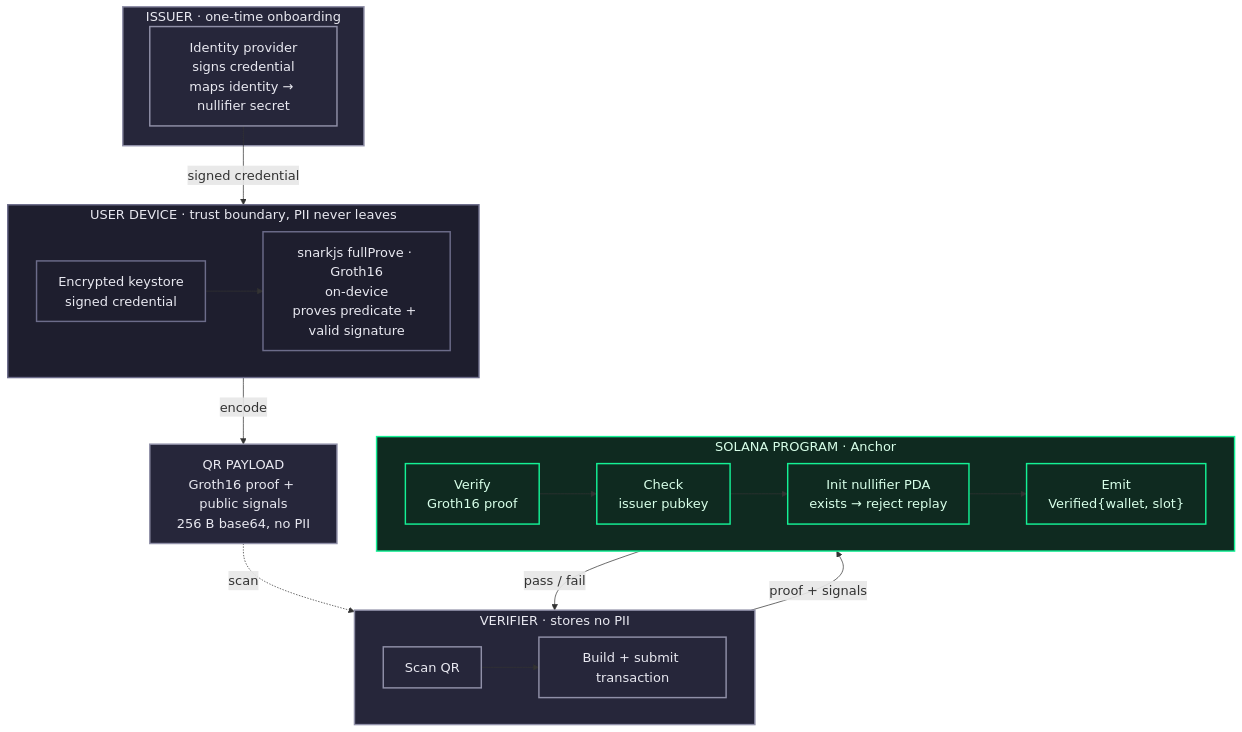
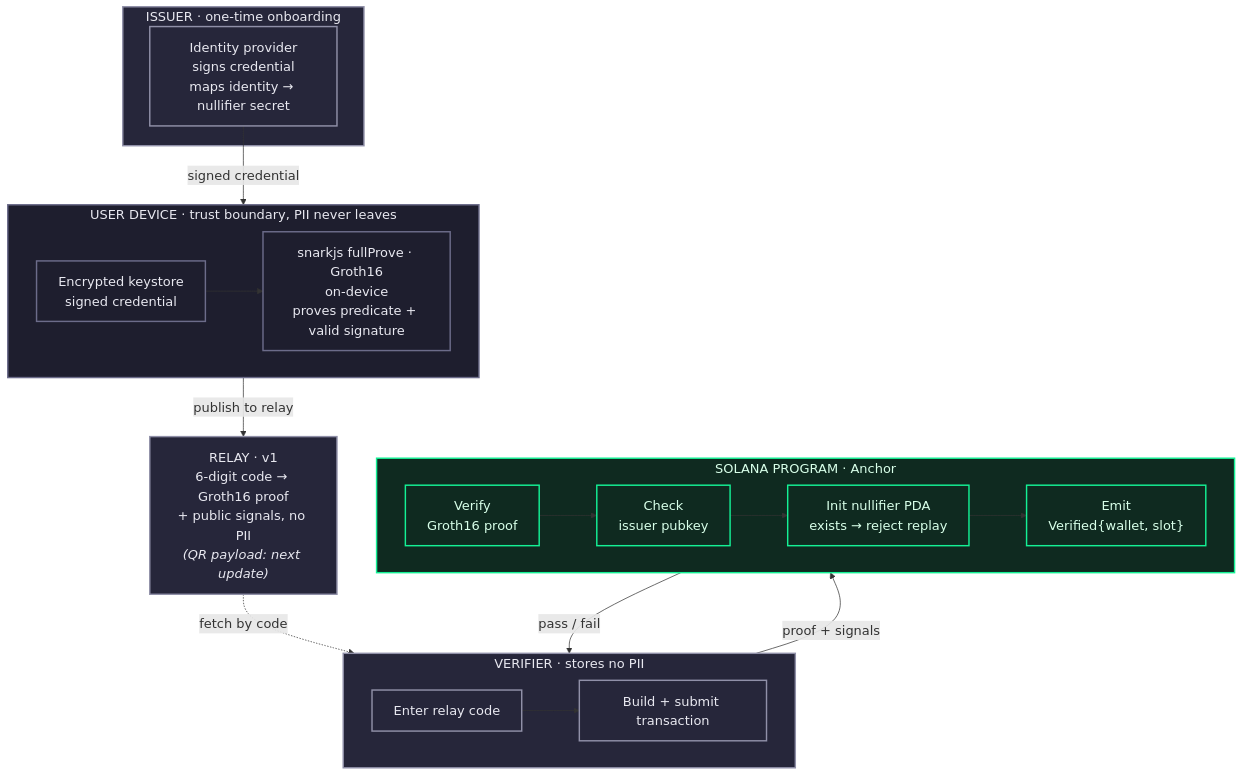
The diagram in profile/README.md (KageHQ/.github), drawn with Mermaid before and after one commit. The commit also changed other lines of this file, not shown here.

Commit message:
Update profile: v1 uses 6-digit relay code, QR handoff to next update

````diff
--- a/profile/README.md
+++ b/profile/README.md
@@ -34,45 +36,45 @@
 ```mermaid
 %%{init: {"flowchart": {"htmlLabels": true, "nodeSpacing": 55, "rankSpacing": 55}, "themeVariables": {"fontSize": "18px"}}}%%
 flowchart TB
     subgraph issuer["ISSUER · one-time onboarding"]
         ISS["Identity provider<br/>signs credential<br/>maps identity → nullifier secret"]
     end
 
     subgraph device["USER DEVICE · trust boundary, PII never leaves"]
         direction LR
         KS["Encrypted keystore<br/>signed credential"]
         PR["snarkjs fullProve · Groth16<br/>on-device<br/>proves predicate + valid signature"]
         KS --> PR
     end
 
-    QR["QR PAYLOAD<br/>Groth16 proof + public signals<br/>256 B base64, no PII"]
+    REL["RELAY · v1<br/>6-digit code → Groth16 proof<br/>+ public signals, no PII<br/><i>(QR payload: next update)</i>"]
 
     subgraph verifier["VERIFIER · stores no PII"]
         direction LR
-        SCAN["Scan QR"]
+        SCAN["Enter relay code"]
         TX["Build + submit transaction"]
         SCAN --> TX
     end
 
     subgraph chain["SOLANA PROGRAM · Anchor"]
         direction LR
         V["Verify<br/>Groth16 proof"]
         IK["Check<br/>issuer pubkey"]
         NUL["Init nullifier PDA<br/>exists → reject replay"]
         EV["Emit<br/>Verified{wallet, slot}"]
         V --> IK --> NUL --> EV
     end
 
     ISS -->|signed credential| KS
-    PR -->|encode| QR
-    QR -.->|scan| SCAN
+    PR -->|publish to relay| REL
+    REL -.->|fetch by code| SCAN
     TX -->|proof + signals| V
     EV -->|pass / fail| TX
 
     classDef trust fill:#1e1e2e,stroke:#6c6c8a,color:#e8e8f0,stroke-width:2px;
     classDef onchain fill:#0f2a20,stroke:#14F195,color:#d8ffe9,stroke-width:2px;
     classDef neutral fill:#26263a,stroke:#9090a8,color:#e8e8f0,stroke-width:2px;
     class device,KS,PR trust;
     class chain,V,IK,NUL,EV onchain;
-    class issuer,ISS,verifier,SCAN,TX,QR neutral;
+    class issuer,ISS,verifier,SCAN,TX,REL neutral;
 ```
````
